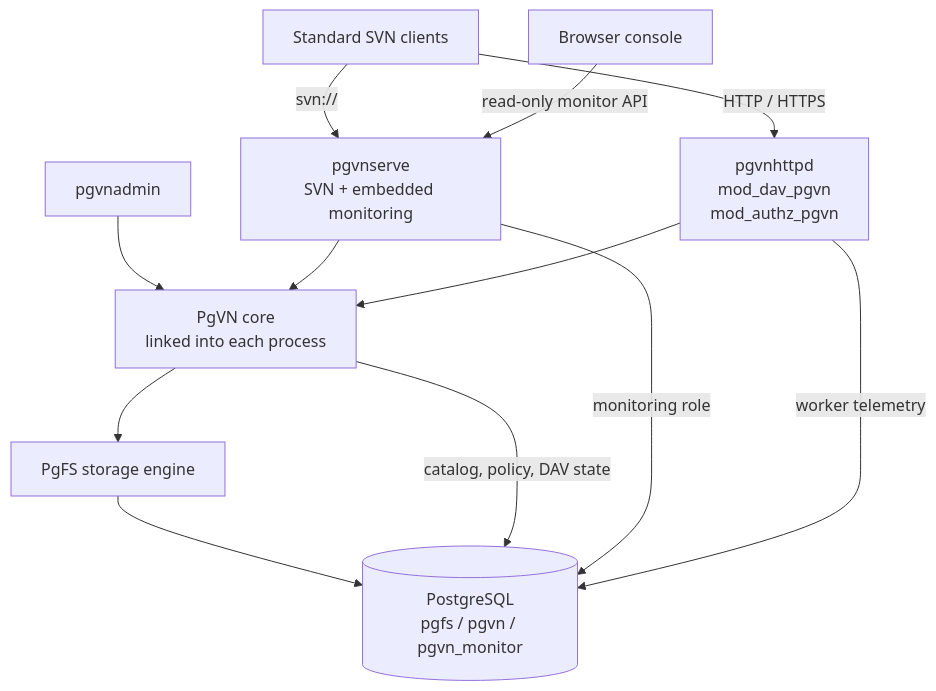
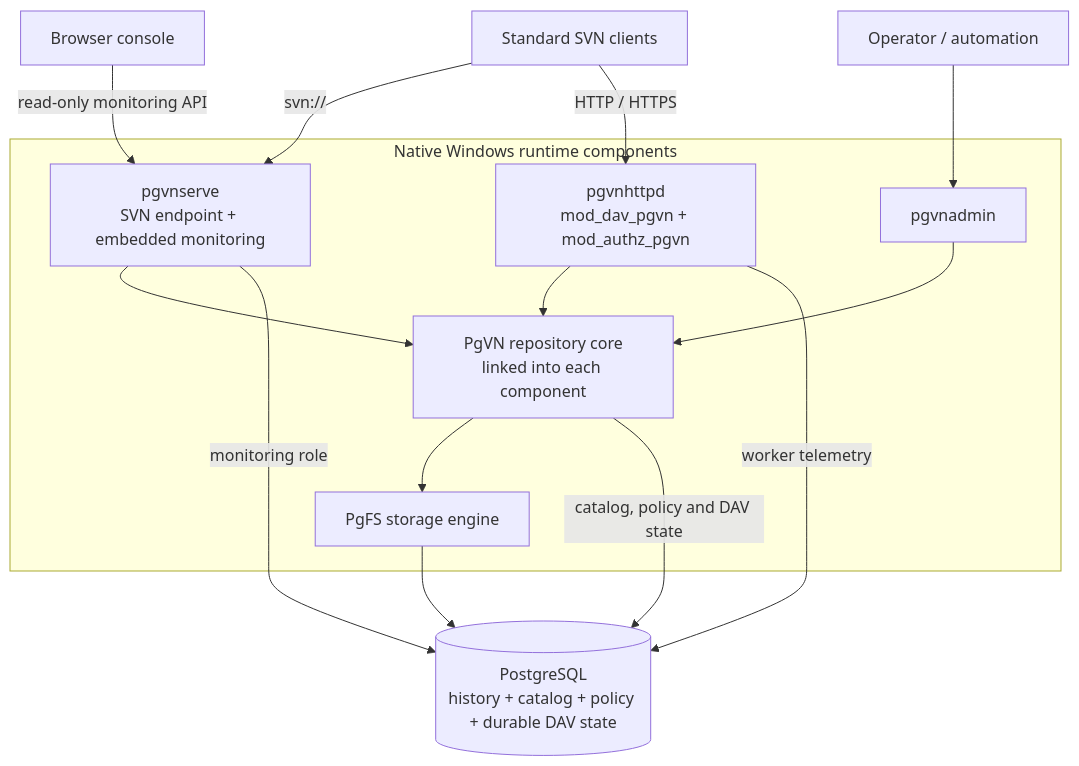
One commit to qistchan/pgvn changed the diagram in README.md. Above: the diagram before and after it, drawn with Mermaid. The commit also changed other lines of this file and 1 other file, not shown here.

Commit message:
docs: refresh bilingual README with current console and deployment guidance

````diff
--- a/README.md
+++ b/README.md
@@ -78,14 +82,27 @@
 ```mermaid
 flowchart TB
-    SVN["Standard SVN clients"] -->|"svn://"| SERVE["pgvnserve<br/>SVN + embedded monitoring"]
-    SVN -->|"HTTP / HTTPS"| DAV["pgvnhttpd<br/>mod_dav_pgvn<br/>mod_authz_pgvn"]
-    ADMIN["pgvnadmin"] --> CORE
-    SERVE --> CORE["PgVN core<br/>linked into each process"]
-    DAV --> CORE
-    CORE --> FS["PgFS storage engine"]
-    FS --> PG[("PostgreSQL<br/>pgfs / pgvn / pgvn_monitor")]
-    CORE -->|"catalog, policy, DAV state"| PG
-    WEB["Browser console"] -->|"read-only monitor API"| SERVE
+    CLIENT["Standard SVN clients"]
+    WEB["Browser console"]
+    OPERATOR["Operator / automation"]
+
+    subgraph RUNTIME["Native Windows runtime components"]
+        SERVE["pgvnserve<br/>SVN endpoint + embedded monitoring"]
+        DAV["pgvnhttpd<br/>mod_dav_pgvn + mod_authz_pgvn"]
+        ADMIN["pgvnadmin"]
+        CORE["PgVN repository core<br/>linked into each component"]
+        FS["PgFS storage engine"]
+        SERVE --> CORE
+        DAV --> CORE
+        ADMIN --> CORE
+        CORE --> FS
+    end
+
+    CLIENT -->|"svn://"| SERVE
+    CLIENT -->|"HTTP / HTTPS"| DAV
+    WEB -->|"read-only monitoring API"| SERVE
+    OPERATOR --> ADMIN
+    FS --> PG[("PostgreSQL<br/>history + catalog + policy + durable DAV state")]
+    CORE -->|"catalog, policy and DAV state"| PG
     SERVE -->|"monitoring role"| PG
     DAV -->|"worker telemetry"| PG
 ```
````
